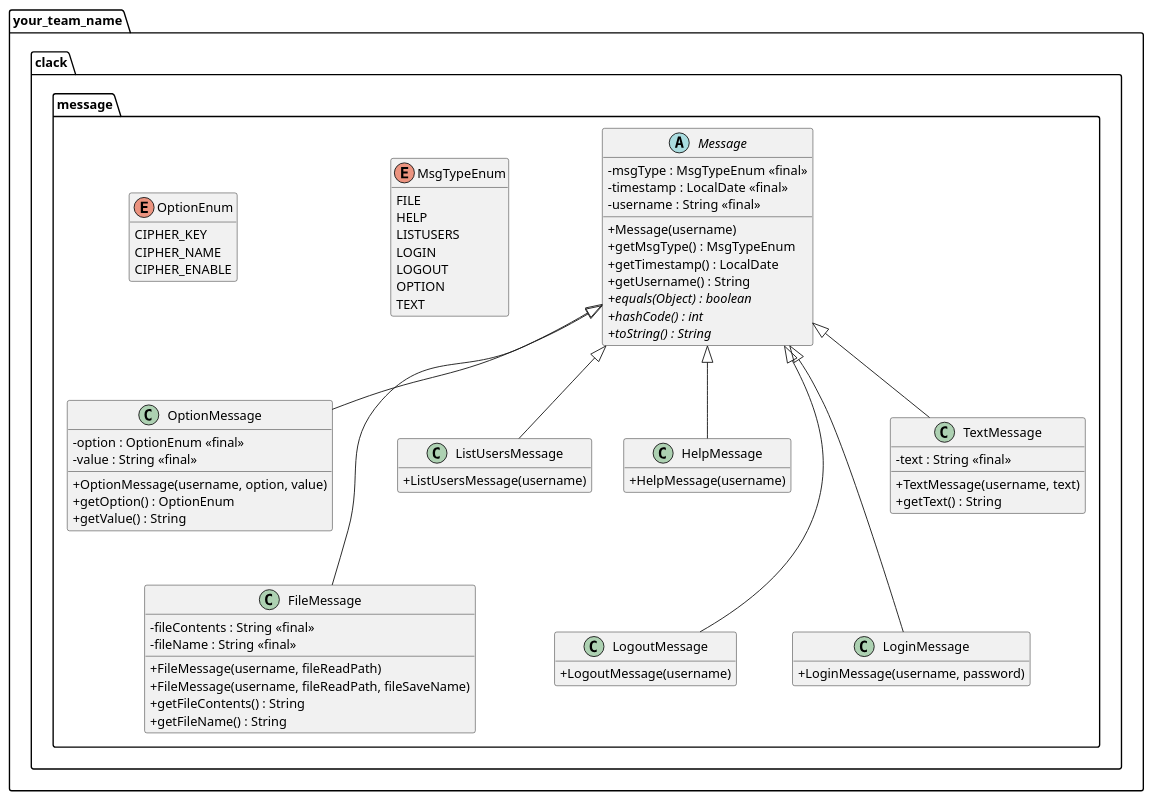
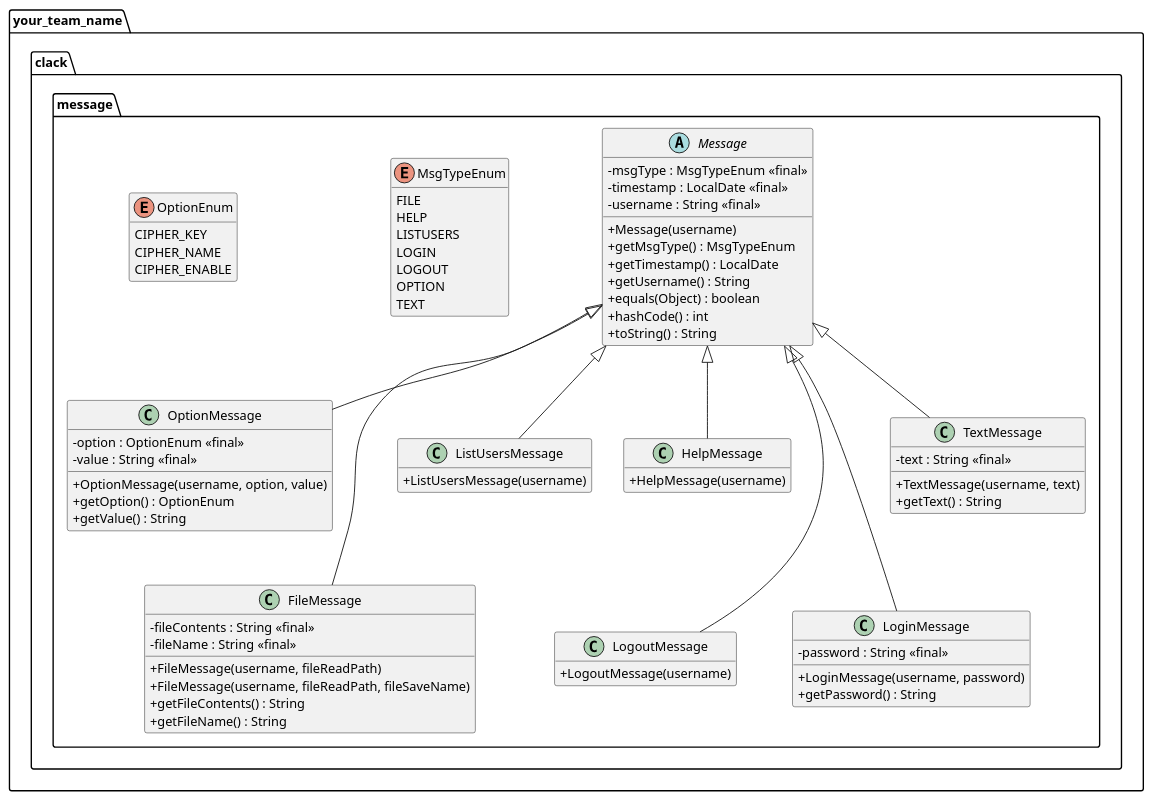
One commit to BlueGadget89/clack2 changed the diagram in design/message_design.puml. Above: the diagram before and after it, drawn with PlantUML. The commit also changed 4 other files, not shown here.

```diff
--- a/design/message_design.puml
+++ b/design/message_design.puml
@@ -1,115 +1,89 @@
 @startuml
 skinparam classAttributeIconSize 0
 hide empty members
 
 package your_team_name.clack.message{
     Message <|-- OptionMessage
     Message <|-- FileMessage
     Message <|-- ListUsersMessage
     Message <|-- HelpMessage
     Message <|-- LogoutMessage
     Message <|-- LoginMessage
     Message <|-- TextMessage
-'    hide Spacer1
-'    Message *-[hidden] Spacer1
-'    Spacer1 -[hidden] MsgTypeEnum
-'    OptionEnum -[hidden]-* OptionMessage
 
     OptionMessage --[hidden] FileMessage
     ListUsersMessage --[hidden] LogoutMessage
     TextMessage --[hidden] LoginMessage
-
 
     enum MsgTypeEnum {
         FILE
         HELP
         LISTUSERS
         LOGIN
         LOGOUT
         OPTION
         TEXT
     }
 
     enum OptionEnum {
         CIPHER_KEY
         CIPHER_NAME
         CIPHER_ENABLE
     }
 
     abstract class Message {
         - msgType : MsgTypeEnum <<final>>
         - timestamp : LocalDate <<final>>
         - username : String <<final>>
         + Message(username)
         + getMsgType() : MsgTypeEnum
         + getTimestamp() : LocalDate
         + getUsername() : String
-        '+ {abstract} getData() : String[]
-'        + {abstract} clientAction(client)
-'        + {abstract} serverAction(server)
-        + {abstract} equals(Object) : boolean
-        + {abstract} hashCode() : int
-        + {abstract} toString() : String
+        + equals(Object) : boolean
+        + hashCode() : int
+        + toString() : String
     }
 
     class OptionMessage {
         - option : OptionEnum <<final>>
         - value : String <<final>>
         + OptionMessage(username, option, value)
         + getOption() : OptionEnum
         + getValue() : String
     }
 
     class FileMessage {
-        '+ {static} CONTENTS : int <<final>>
-        '+ {static} READ_PATH : int <<final>>
-        '+ {static} SAVE_NAME : int <<final>>
         - fileContents : String <<final>>
-        '- fileReadPath : String <<final>>
         - fileName : String <<final>>
         + FileMessage(username, fileReadPath)
         + FileMessage(username, fileReadPath, fileSaveName)
-        '+ getData() : String[]
         + getFileContents() : String
-        '+ getFileReadPath() : String
         + getFileName() : String
     }
-'    note bottom of FileMessage
-'      getData() returns 3-element String[]. Use
-'      CONTENTS, READ_PATH, and SAVE_NAME
-'      constants as indexes to get respective data.
-'    end note
 
     class HelpMessage {
     + HelpMessage(username)
     }
 
     class ListUsersMessage {
         + ListUsersMessage(username)
     }
 
     class LoginMessage {
+        - password : String <<final>>
         + LoginMessage(username, password)
+        + getPassword() : String
     }
 
     class LogoutMessage {
         + LogoutMessage(username)
     }
 
     class TextMessage {
         - text : String <<final>>
         + TextMessage(username, text)
         + getText() : String
     }
-'    note bottom of TextMessage
-'        getData() returns text, in sole element
-'        of one-element String[].
-'    end note
-
-'    note "getData() returns empty String array" as NoDataNote
-'    ListUsersMessage .. NoDataNote
-'    LogoutMessage .. NoDataNote
-
 }
 
 @enduml
```
